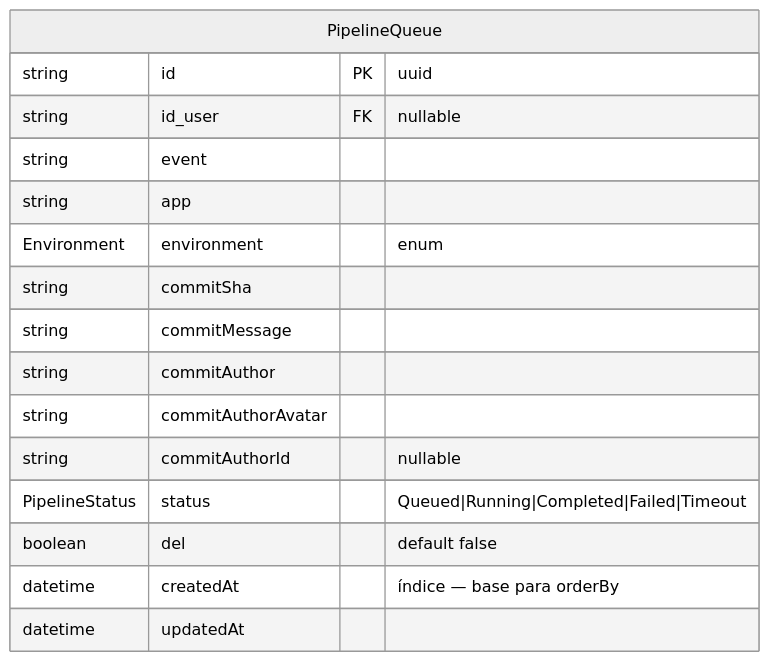
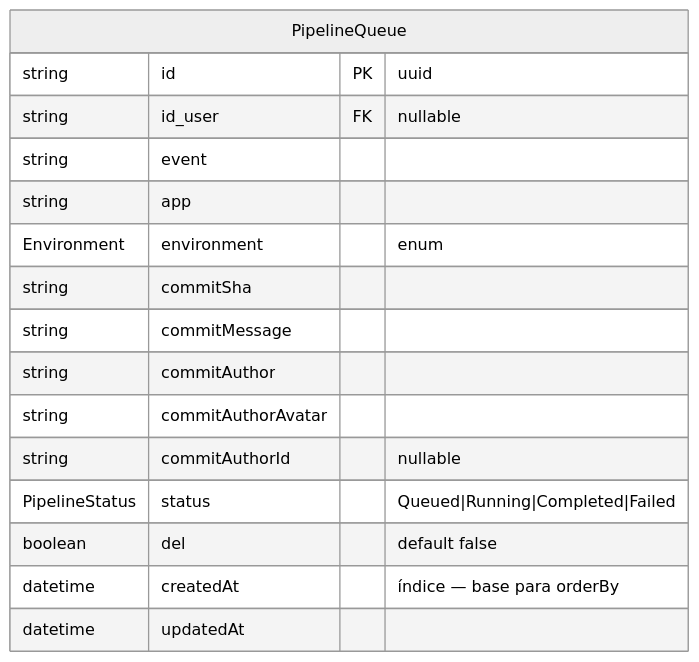
The first of 7 diagrams in docs/specs/infinite-scroll-pagination.md (adaptwebtech/monitor-deploy), drawn with Mermaid (neutral theme) before and after one commit. The commit also changed 11 other files, not shown here.

First line of the commit message:
refactor: replace Timeout status with Failed across the stack

````diff
--- a/docs/specs/infinite-scroll-pagination.md
+++ b/docs/specs/infinite-scroll-pagination.md
@@ -66,19 +66,19 @@
 ```mermaid
 erDiagram
     PipelineQueue {
         string id PK "uuid"
         string id_user FK "nullable"
         string event
         string app
         Environment environment "enum"
         string commitSha
         string commitMessage
         string commitAuthor
         string commitAuthorAvatar
         string commitAuthorId "nullable"
-        PipelineStatus status "Queued|Running|Completed|Failed|Timeout"
+        PipelineStatus status "Queued|Running|Completed|Failed"
         boolean del "default false"
         datetime createdAt "índice — base para orderBy"
         datetime updatedAt
     }
 ```
````
